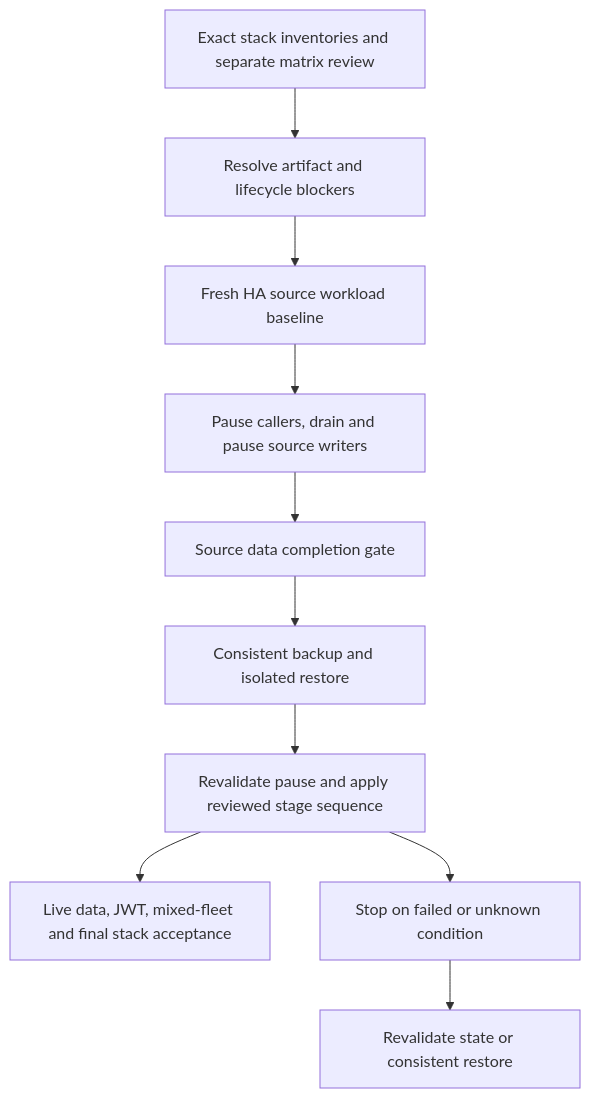
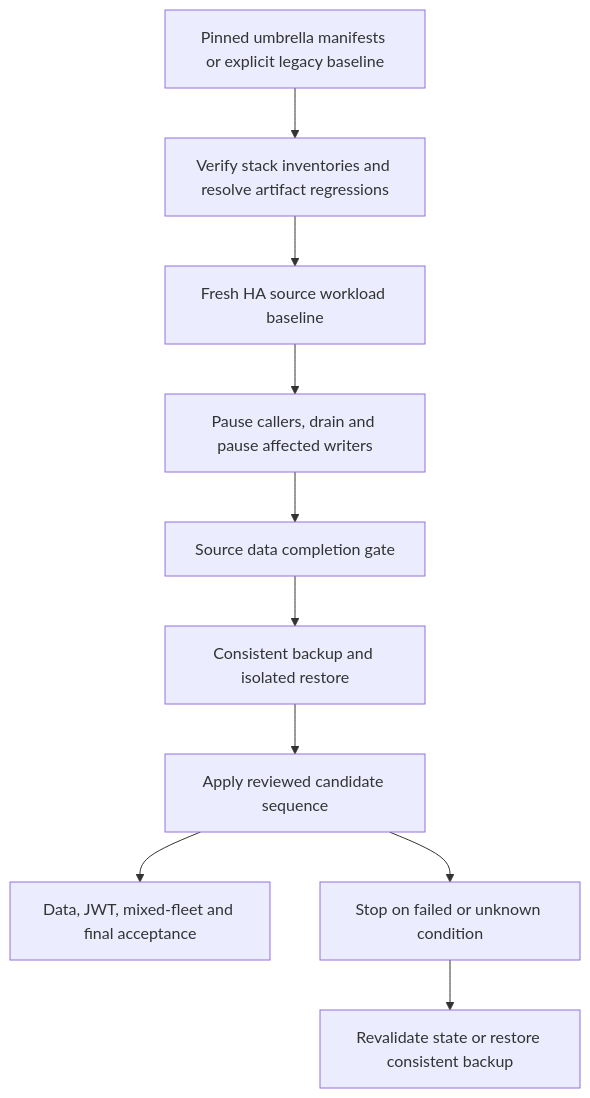
One commit to charles-hsiao/nvcf changed the diagram in docs/dev/upgrade-transitions.md. Above: the diagram before and after it, drawn with Mermaid. The commit also changed other lines of this file and 24 other files, not shown here.

First line of the commit message:
fix(upgrade-lab): resolve routes through umbrella manifests

````diff
--- a/docs/dev/upgrade-transitions.md
+++ b/docs/dev/upgrade-transitions.md
@@ -352,12 +135,12 @@
 ```mermaid
 flowchart TD
-  A[Exact stack inventories and separate matrix review] --> B[Resolve artifact and lifecycle blockers]
+  A[Pinned umbrella manifests or explicit legacy baseline] --> B[Verify stack inventories and resolve artifact regressions]
   B --> C[Fresh HA source workload baseline]
-  C --> P[Pause callers, drain and pause source writers]
+  C --> P[Pause callers, drain and pause affected writers]
   P --> H[Source data completion gate]
   H --> I[Consistent backup and isolated restore]
-  I --> D[Revalidate pause and apply reviewed stage sequence]
-  D --> E[Live data, JWT, mixed-fleet and final stack acceptance]
+  I --> D[Apply reviewed candidate sequence]
+  D --> E[Data, JWT, mixed-fleet and final acceptance]
   D --> F[Stop on failed or unknown condition]
-  F --> G[Revalidate state or consistent restore]
+  F --> G[Revalidate state or restore consistent backup]
 ```
````
